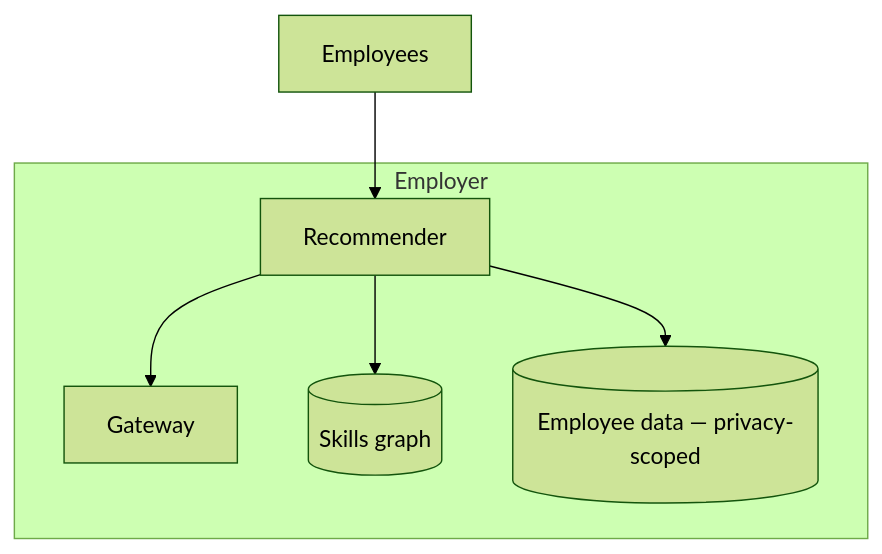
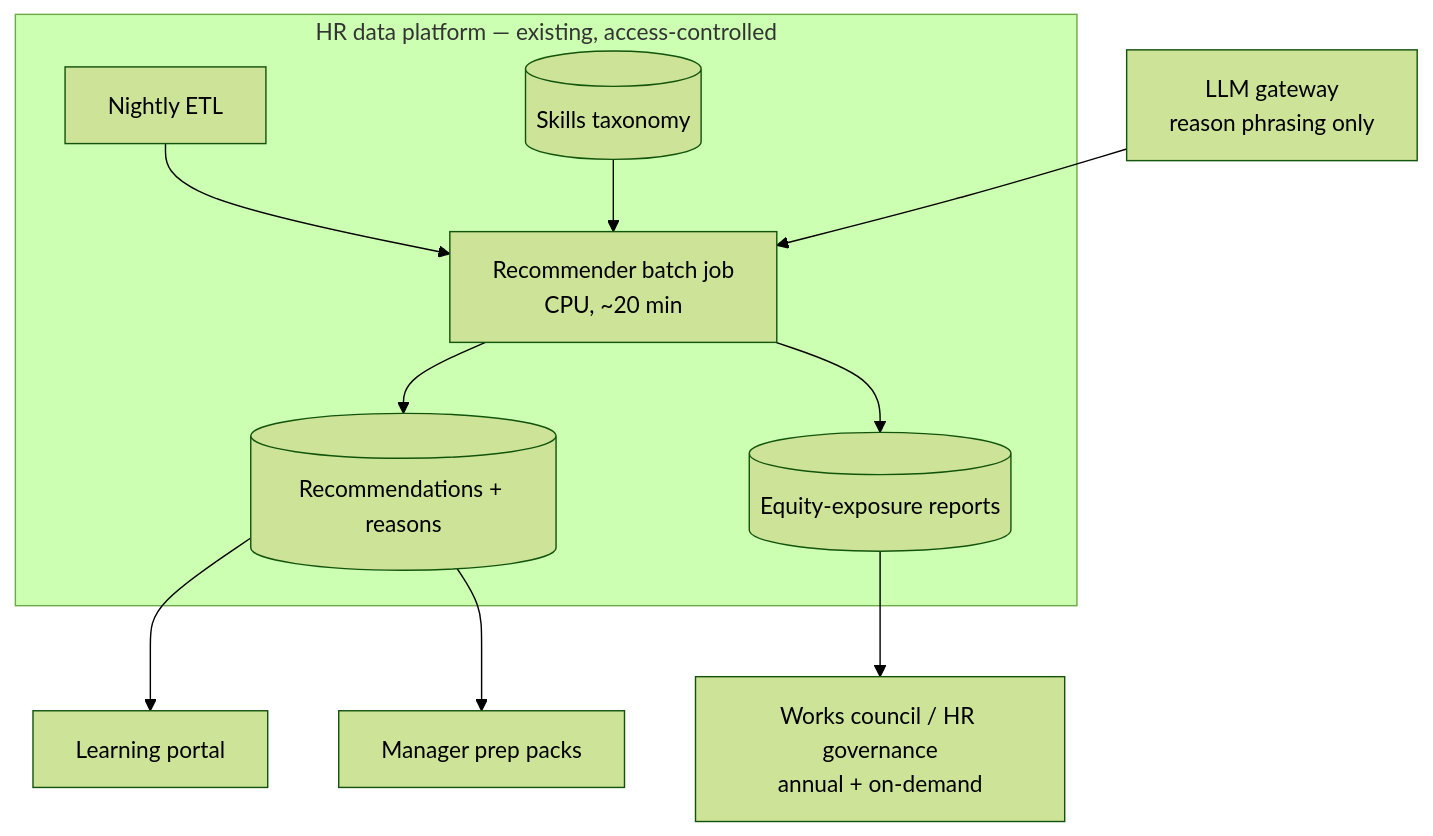
Before and after one commit to sivakrushna-works/GSAC: the third of 3 diagrams in case-studies/cs45-learning-development-recommender.md, drawn with Mermaid (forest theme). The commit also changed other lines of this file and 12 other files, not shown here.

````diff
--- a/case-studies/cs45-learning-development-recommender.md
+++ b/case-studies/cs45-learning-development-recommender.md
@@ -64,9 +83,13 @@
 ```mermaid
 flowchart TB
-    subgraph Employer
-        REC[Recommender] --> GW[Gateway]
-        REC --> SKILLSGRAPH[(Skills graph)]
-        REC --> PROFILE[(Employee data — privacy-scoped)]
+    subgraph HRPlat [HR data platform — existing, access-controlled]
+        ETL[Nightly ETL] --> RECB[Recommender batch job<br/>CPU, ~20 min]
+        RECB --> RECS[(Recommendations + reasons)]
+        RECB --> EQR[(Equity-exposure reports)]
+        TAXDB[(Skills taxonomy)] --> RECB
     end
-    EMP[Employees] --> REC
+    RECS --> PORTAL[Learning portal]
+    RECS --> MGRPACK[Manager prep packs]
+    EQR --> AUDITC[Works council / HR governance<br/>annual + on-demand]
+    LLMG[LLM gateway<br/>reason phrasing only] --> RECB
 ```
````
